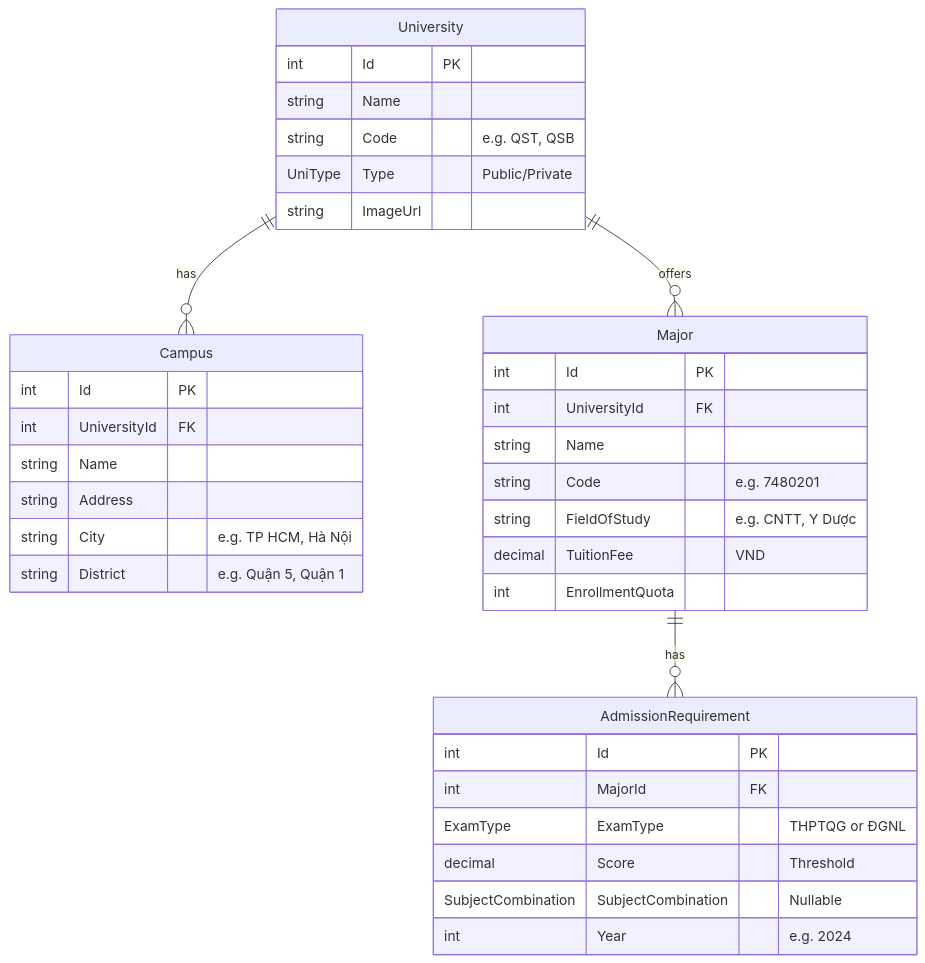
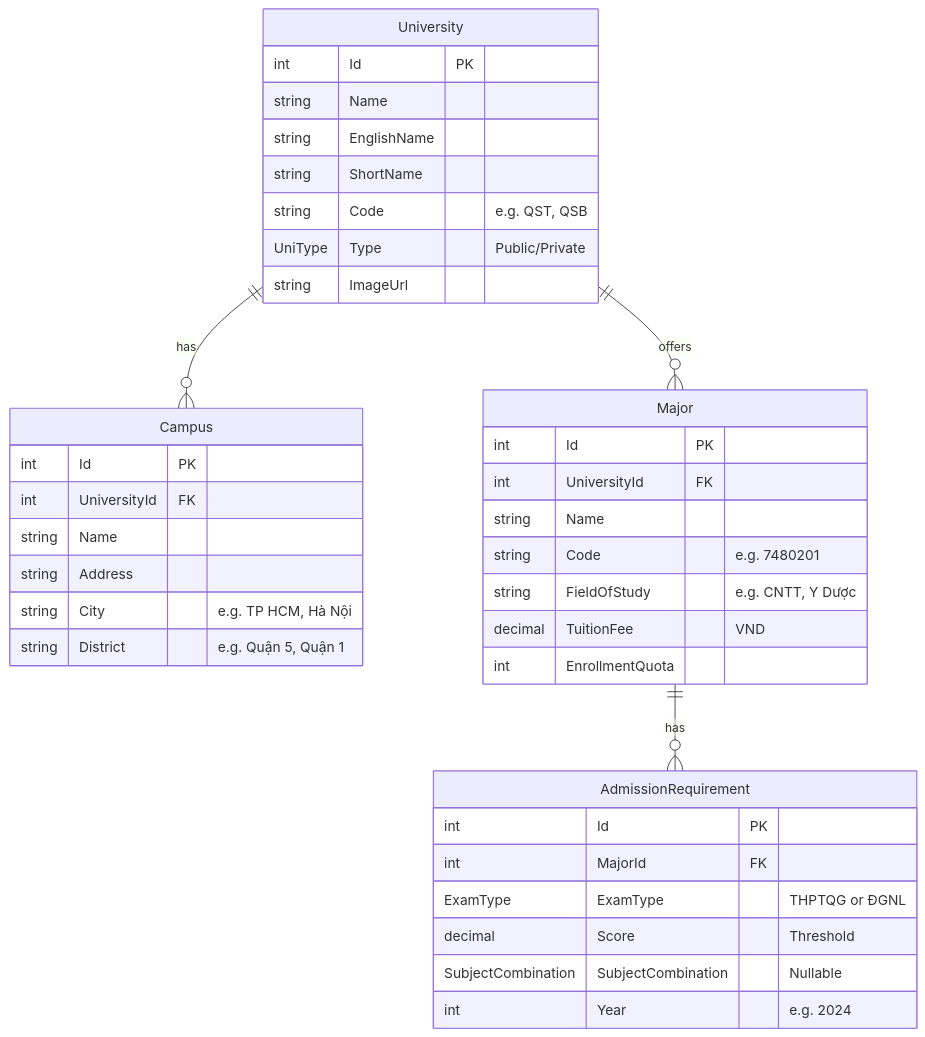
Before and after one commit to longhuynhdev/TimTruong: the diagram in docs/ER-model.md, drawn with Mermaid. The commit also changed 1 other file, not shown here.

Commit message:
feat(etl): add  connect_to_postgres func

````diff
--- a/docs/ER-model.md
+++ b/docs/ER-model.md
@@ -1,42 +1,44 @@
 ```mermaid
 erDiagram
     University ||--o{ Campus : "has"
     University ||--o{ Major : "offers"
     Major ||--o{ AdmissionRequirement : "has"
 
     University {
         int Id PK
         string Name
+        string EnglishName
+        string ShortName
         string Code "e.g. QST, QSB"
         UniType Type "Public/Private"
         string ImageUrl
     }
 
     Campus {
         int Id PK
         int UniversityId FK
         string Name
         string Address
         string City "e.g. TP HCM, Hà Nội"
         string District "e.g. Quận 5, Quận 1"
     }
 
     Major {
         int Id PK
         int UniversityId FK
         string Name
         string Code "e.g. 7480201"
         string FieldOfStudy "e.g. CNTT, Y Dược"
         decimal TuitionFee "VND"
         int EnrollmentQuota
     }
 
     AdmissionRequirement {
         int Id PK
         int MajorId FK
         ExamType ExamType "THPTQG or ĐGNL"
         decimal Score "Threshold"
         SubjectCombination SubjectCombination "Nullable"
         int Year "e.g. 2024"
     }
 ```    
````
